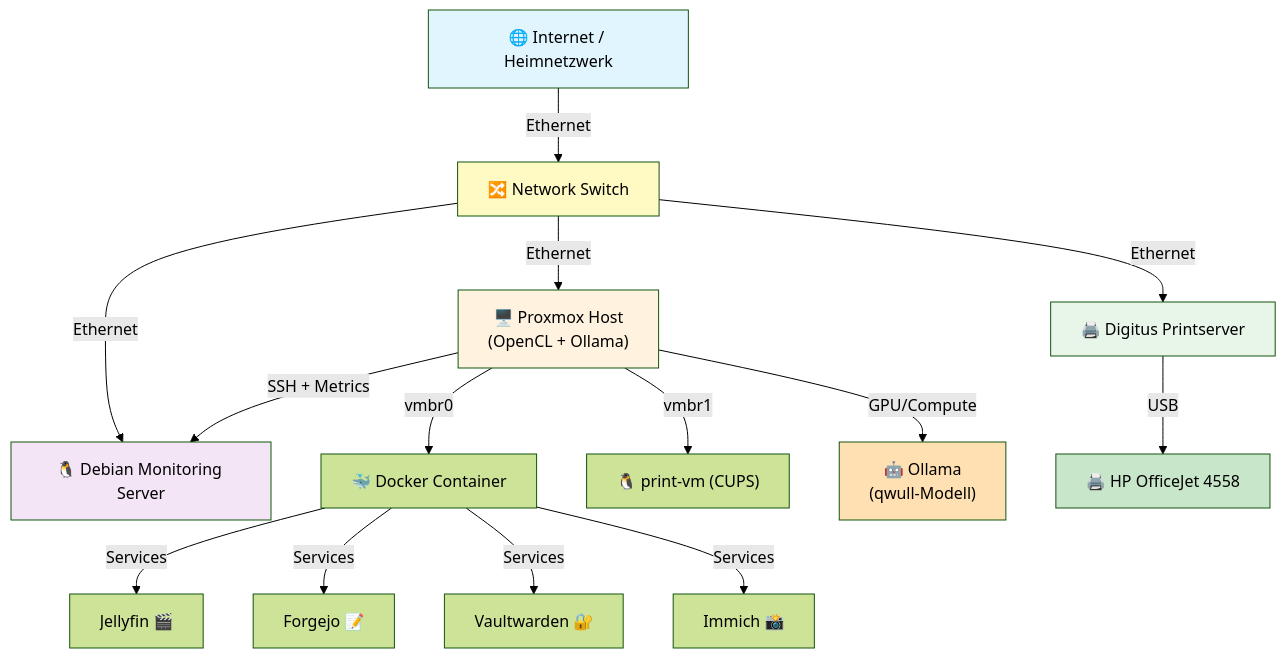
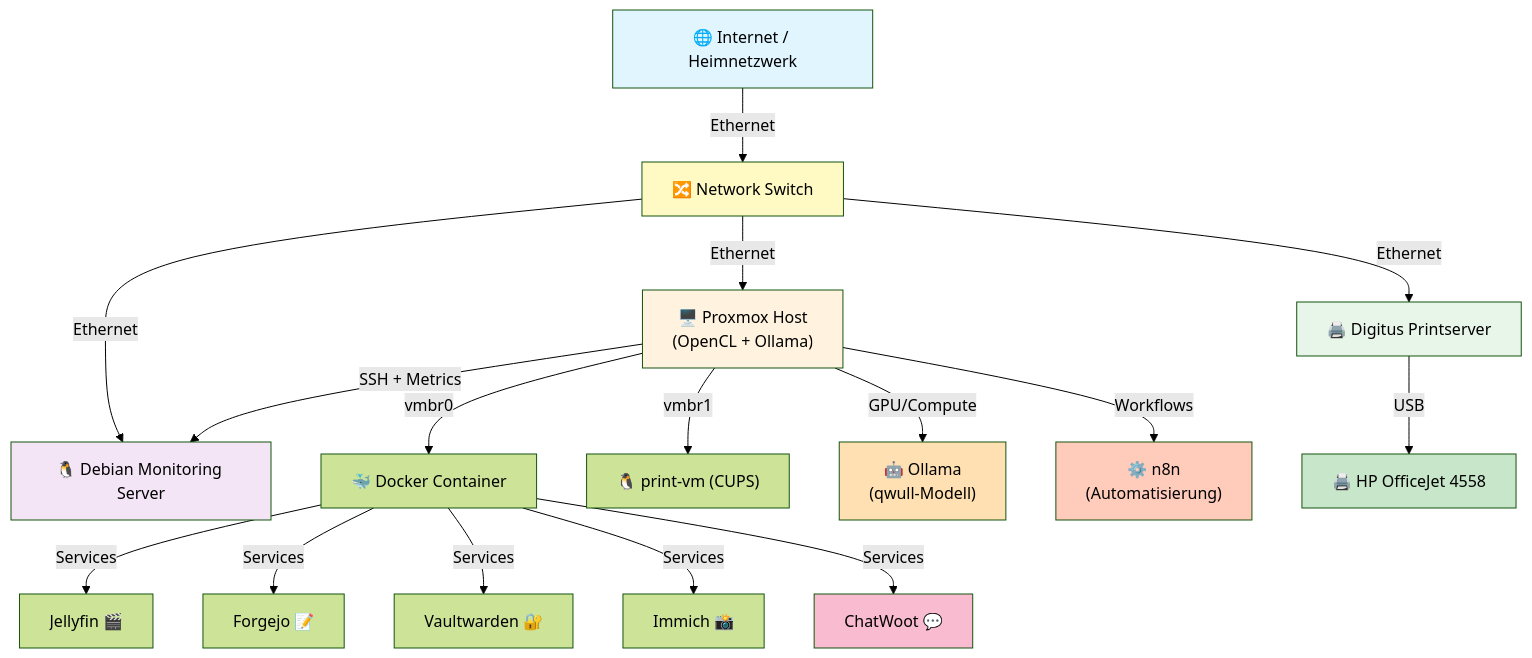
The diagram in README.md (Hoinkkoma/homlap-), drawn with Mermaid (forest theme) before and after one commit. The commit also changed other lines of this file, not shown here.

Commit message:
Strukturüberarbeitung: n8n & ChatWoot hinzugefügt, Homepage-Struktur mit 6 Kacheln

````diff
--- a/README.md
+++ b/README.md
@@ -142,31 +189,35 @@
 ```mermaid
 graph TD
     WAN["🌐 Internet / Heimnetzwerk"]
     SW["🔀 Network Switch"]
     
     WAN -->|Ethernet| SW
     
     SW -->|Ethernet| PROX["🖥️ Proxmox Host<br/>(OpenCL + Ollama)"]
     SW -->|Ethernet| DEB["🐧 Debian Monitoring Server"]
     SW -->|Ethernet| DIGI["🖨️ Digitus Printserver"]
     
     PROX -->|SSH + Metrics| DEB
     PROX -->|vmbr0| DOCKER["🐳 Docker Container"]
     PROX -->|vmbr1| PRINT_VM["🐧 print-vm (CUPS)"]
     PROX -->|GPU/Compute| OLLAMA["🤖 Ollama<br/>(qwull-Modell)"]
+    PROX -->|Workflows| N8N["⚙️ n8n<br/>(Automatisierung)"]
     
     DOCKER -->|Services| JELLY["Jellyfin 🎬"]
     DOCKER -->|Services| FORGE["Forgejo 📝"]
     DOCKER -->|Services| VAULT["Vaultwarden 🔐"]
     DOCKER -->|Services| IMMICH["Immich 📸"]
+    DOCKER -->|Services| CHAT["ChatWoot 💬"]
     
     DIGI -->|USB| HP["🖨️ HP OfficeJet 4558"]
     
     style WAN fill:#e1f5ff
     style SW fill:#fff9c4
     style PROX fill:#fff3e0
     style DEB fill:#f3e5f5
     style DIGI fill:#e8f5e9
     style HP fill:#c8e6c9
     style OLLAMA fill:#ffe0b2
+    style N8N fill:#ffccbc
+    style CHAT fill:#f8bbd0
 ```
````
